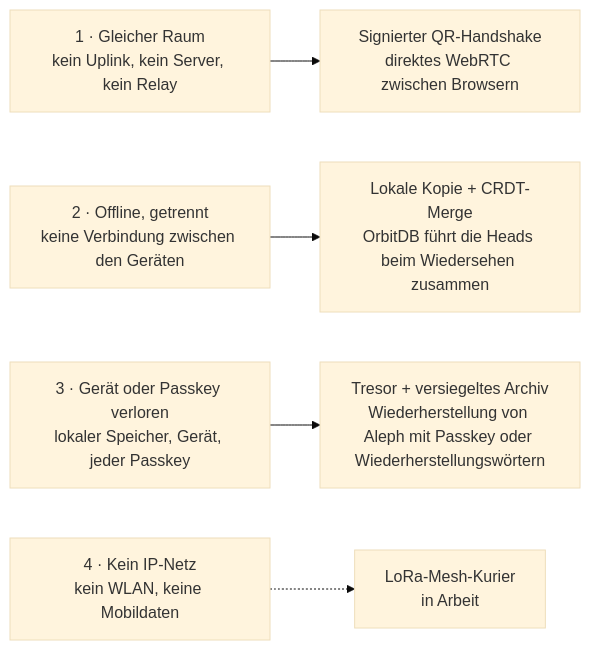
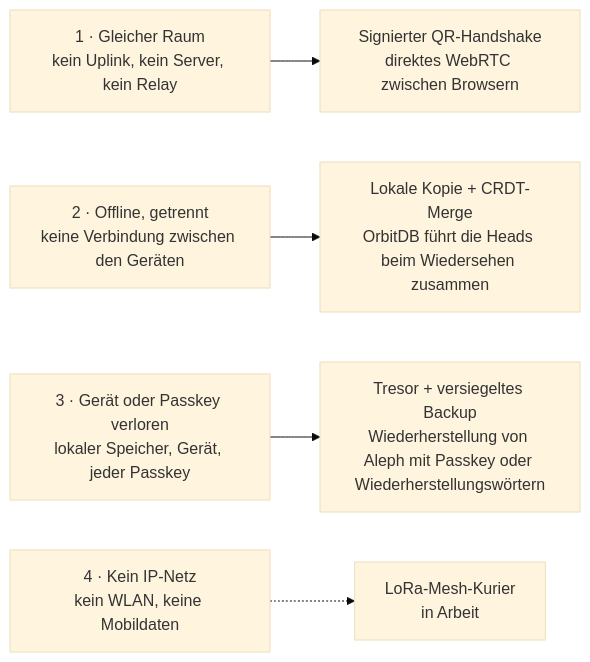
The diagram in docs/architecture.de.md (Le-Space/belege), drawn with Mermaid (base theme) before and after one commit. The commit also changed other lines of this file and 1 other file, not shown here.

First line of the commit message:
docs(architecture): call the layer a backup, not an archive

````diff
--- a/docs/architecture.de.md
+++ b/docs/architecture.de.md
@@ -11,7 +11,7 @@
 ```mermaid
 flowchart LR
     S1["1 · Gleicher Raum<br/>kein Uplink, kein Server, kein Relay"] --> M1["Signierter QR-Handshake<br/>direktes WebRTC zwischen Browsern"]
     S2["2 · Offline, getrennt<br/>keine Verbindung zwischen den Geräten"] --> M2["Lokale Kopie + CRDT-Merge<br/>OrbitDB führt die Heads beim Wiedersehen zusammen"]
-    S3["3 · Gerät oder Passkey verloren<br/>lokaler Speicher, Gerät, jeder Passkey"] --> M3["Tresor + versiegeltes Archiv<br/>Wiederherstellung von Aleph mit Passkey oder Wiederherstellungswörtern"]
+    S3["3 · Gerät oder Passkey verloren<br/>lokaler Speicher, Gerät, jeder Passkey"] --> M3["Tresor + versiegeltes Backup<br/>Wiederherstellung von Aleph mit Passkey oder Wiederherstellungswörtern"]
     S4["4 · Kein IP-Netz<br/>kein WLAN, keine Mobildaten"] -.-> M4["LoRa-Mesh-Kurier<br/>in Arbeit"]
 ```
````
